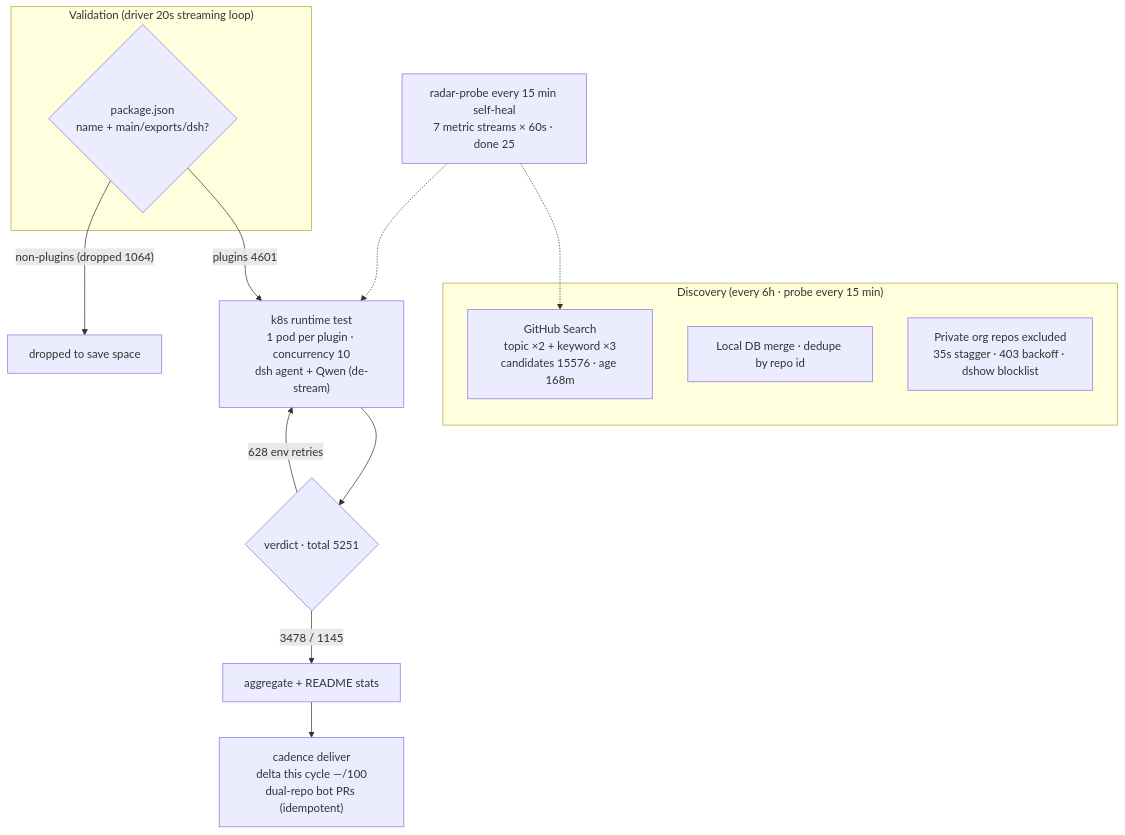
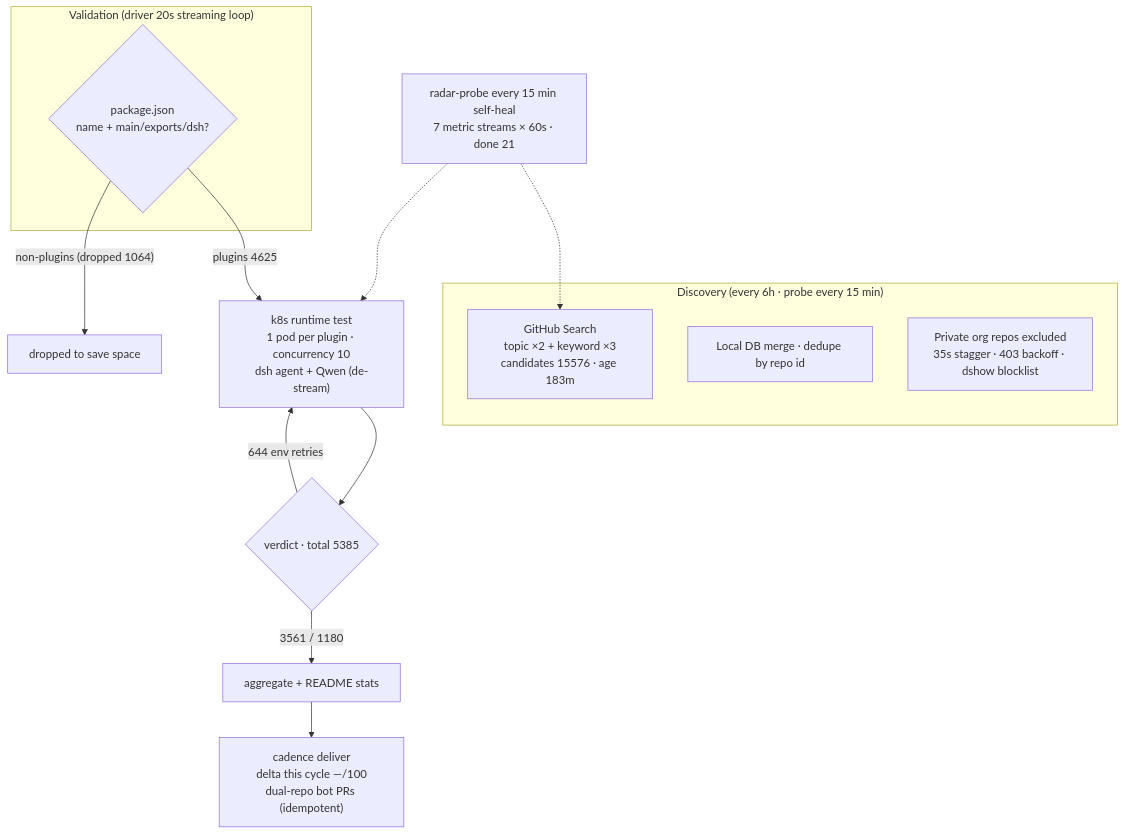
The diagram in README.en-US.md (AdamPlatin123/awesome-dsh-plugins), drawn with Mermaid before and after one commit. The commit also changed other lines of this file and 5 other files, not shown here.

````diff
--- a/README.en-US.md
+++ b/README.en-US.md
@@ -30,20 +30,20 @@
 ```mermaid
 flowchart TB
     subgraph Discovery["Discovery (every 6h · probe every 15 min)"]
-        A1["GitHub Search<br/>topic ×2 + keyword ×3<br/>candidates 15576 · age 168m"]
+        A1["GitHub Search<br/>topic ×2 + keyword ×3<br/>candidates 15576 · age 183m"]
         A2["Local DB merge · dedupe by repo id"]
         A3["Private org repos excluded<br/>35s stagger · 403 backoff · dshow blocklist"]
     end
     subgraph Validation["Validation (driver 20s streaming loop)"]
         B1{"package.json<br/>name + main/exports/dsh?"}
     end
-    B1 -->|"plugins 4601"| C1["k8s runtime test<br/>1 pod per plugin · concurrency 10<br/>dsh agent + Qwen (de-stream)"]
+    B1 -->|"plugins 4625"| C1["k8s runtime test<br/>1 pod per plugin · concurrency 10<br/>dsh agent + Qwen (de-stream)"]
     B1 -->|"non-plugins (dropped 1064)"| B3["dropped to save space"]
-    C1 --> D1{"verdict · total 5251"}
-    D1 -->|"3478 / 1145"| E1["aggregate + README stats"]
-    D1 -->|"628 env retries"| C1
+    C1 --> D1{"verdict · total 5385"}
+    D1 -->|"3561 / 1180"| E1["aggregate + README stats"]
+    D1 -->|"644 env retries"| C1
     E1 --> E2["cadence deliver<br/>delta this cycle —/100<br/>dual-repo bot PRs (idempotent)"]
-    M["radar-probe every 15 min self-heal<br/>7 metric streams × 60s · done 25"]
+    M["radar-probe every 15 min self-heal<br/>7 metric streams × 60s · done 21"]
     M -.-> A1
     M -.-> C1
 ```
````
